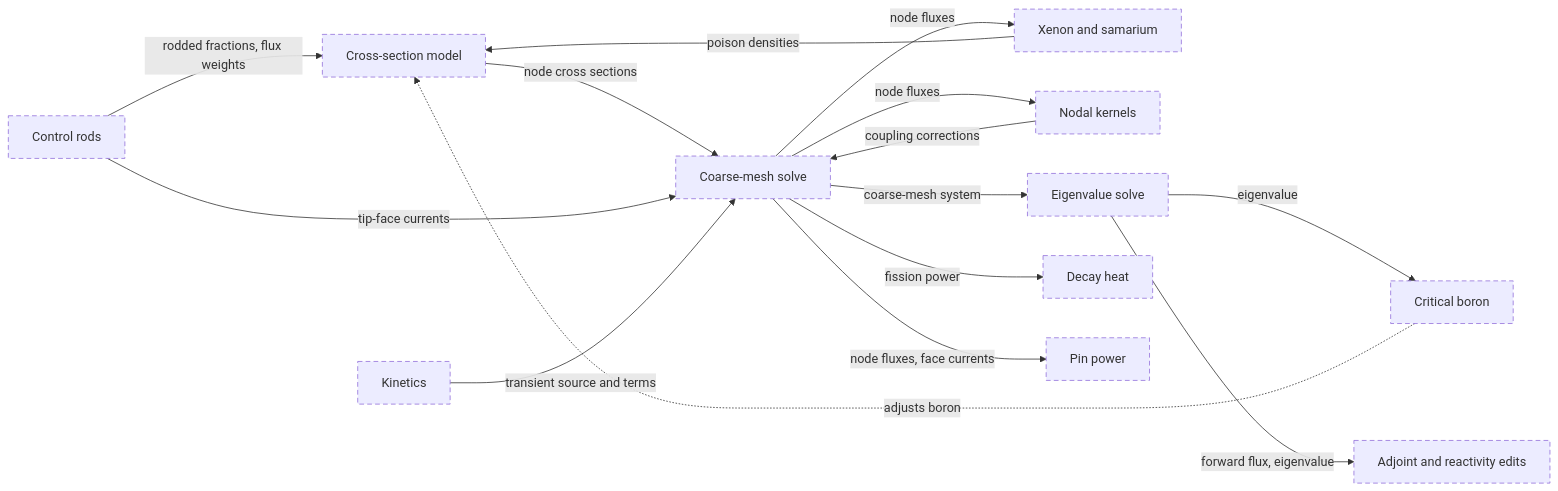
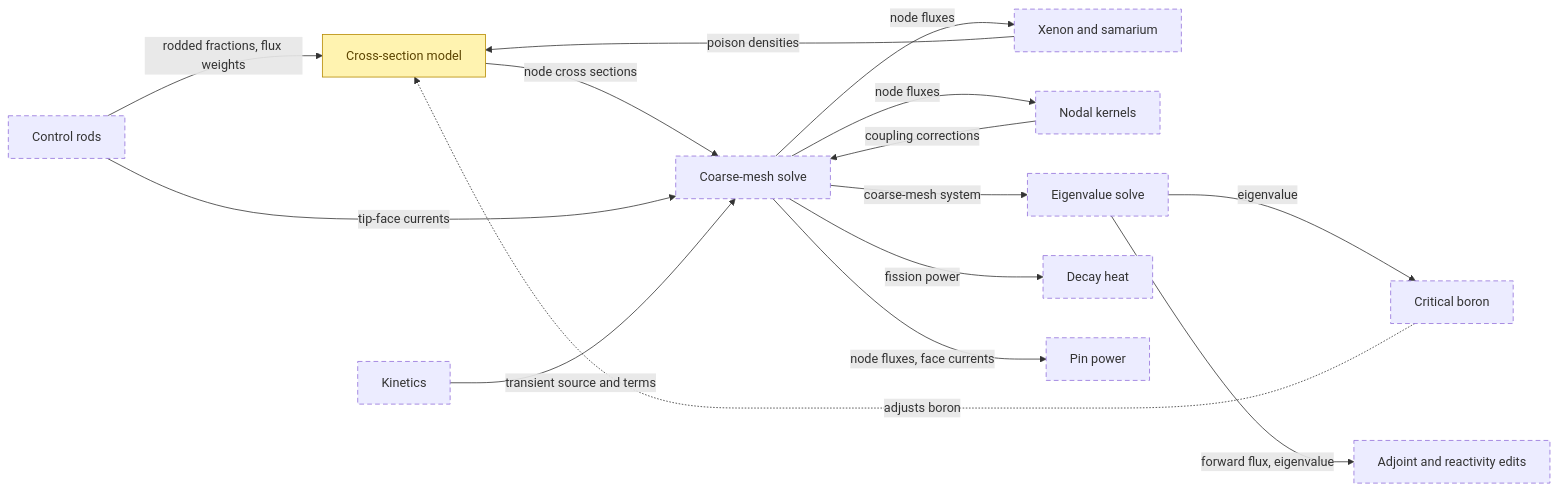
Before and after one commit to aurja130/URUS: the fifth of 15 diagrams in Planning/DBC/CONCEPTS.md, drawn with Mermaid. The commit also changed other lines of this file and 6 other files, not shown here.

````diff
--- a/Planning/DBC/CONCEPTS.md
+++ b/Planning/DBC/CONCEPTS.md
@@ -129,22 +132,23 @@
 ```mermaid
 flowchart LR
 classDef implemented fill:#c8e6c9,stroke:#2e7d32,color:#1b5e20
 classDef partial fill:#fff3b0,stroke:#b58900,color:#5c4400
 classDef planned stroke-dasharray:6 4
 classDef external fill:#eeeeee,stroke:#9e9e9e,stroke-dasharray:1 3,color:#616161
 ControlRods["Control rods"] -->|rodded fractions, flux weights| CrossSectionModel["Cross-section model"]
 XenonSamarium["Xenon and samarium"] -->|poison densities| CrossSectionModel
 CrossSectionModel -->|node cross sections| CmfdSolve["Coarse-mesh solve"]
 NodalKernels["Nodal kernels"] -->|coupling corrections| CmfdSolve
 CmfdSolve -->|node fluxes| NodalKernels
 ControlRods -->|tip-face currents| CmfdSolve
 CmfdSolve -->|coarse-mesh system| EigenvalueSolve["Eigenvalue solve"]
 EigenvalueSolve -->|eigenvalue| CriticalBoron["Critical boron"]
 CriticalBoron -.->|adjusts boron| CrossSectionModel
 EigenvalueSolve -->|forward flux, eigenvalue| AdjointEdits["Adjoint and reactivity edits"]
 Kinetics["Kinetics"] -->|transient source and terms| CmfdSolve
 CmfdSolve -->|node fluxes| XenonSamarium
 CmfdSolve -->|fission power| DecayHeat["Decay heat"]
 CmfdSolve -->|node fluxes, face currents| PinPower["Pin power"]
-class ControlRods,XenonSamarium,CrossSectionModel,CmfdSolve,NodalKernels,EigenvalueSolve,CriticalBoron,AdjointEdits,Kinetics,DecayHeat,PinPower planned
+class ControlRods,XenonSamarium,CmfdSolve,NodalKernels,EigenvalueSolve,CriticalBoron,AdjointEdits,Kinetics,DecayHeat,PinPower planned
+class CrossSectionModel partial
 ```
````
